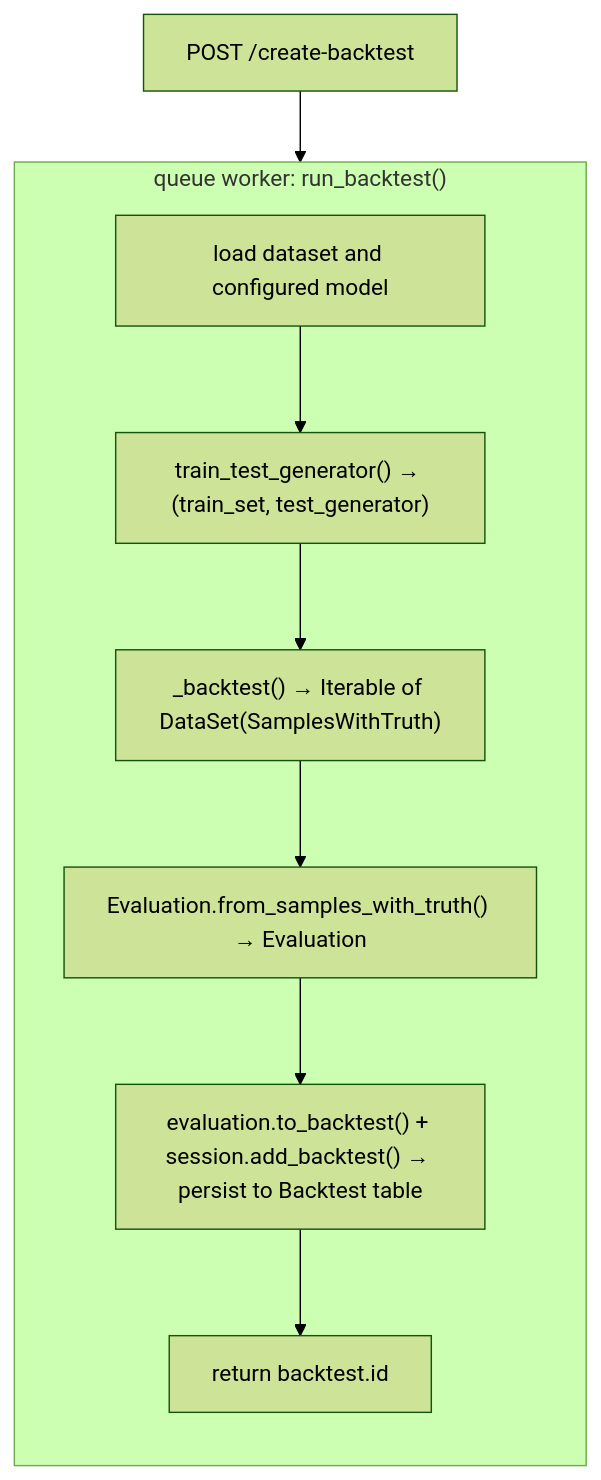
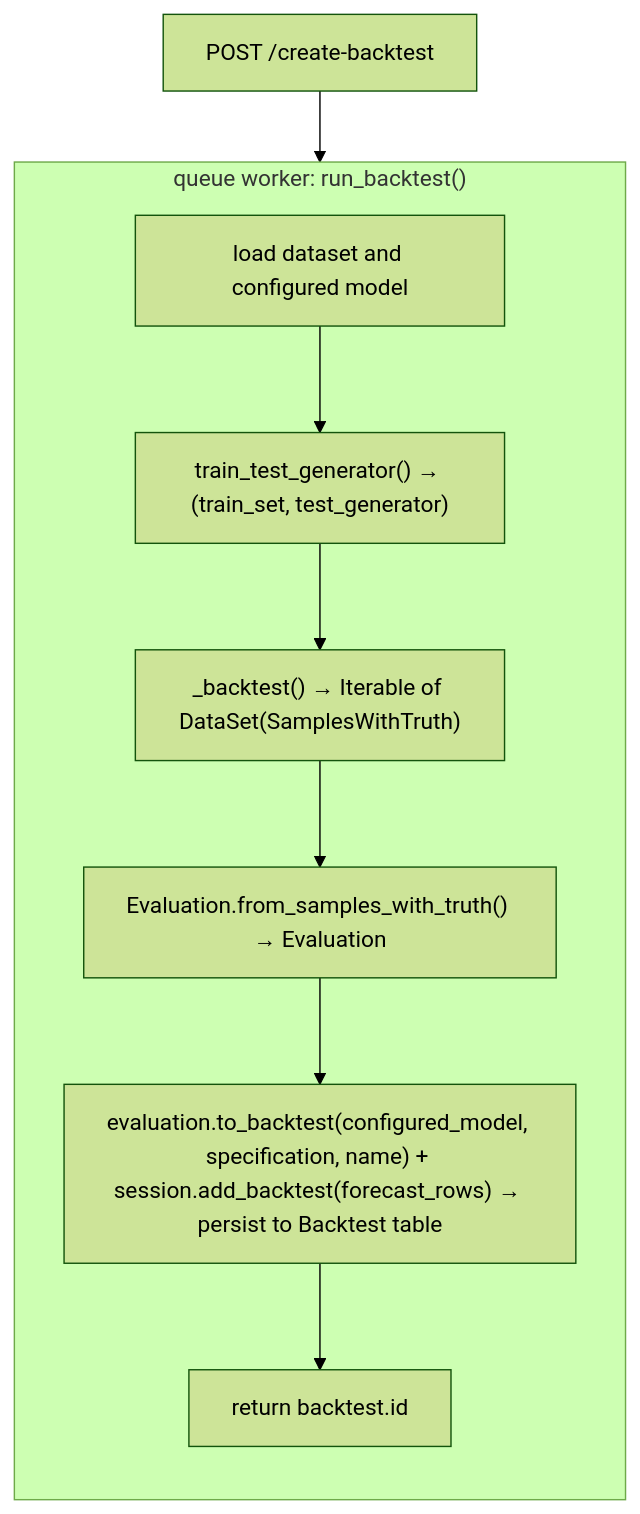
One commit to dhis2-chap/chap-core changed the first of 3 diagrams in docs/contributor/evaluation_abstraction.md. Above: the diagram before and after it, drawn with Mermaid (forest theme). The commit also changed 37 other files, not shown here.

````diff
--- a/docs/contributor/evaluation_abstraction.md
+++ b/docs/contributor/evaluation_abstraction.md
@@ -58,17 +58,17 @@
 ```mermaid
 flowchart TB
     Post["POST /create-backtest"]
 
     subgraph Worker["queue worker: run_backtest()"]
         direction TB
         L["load dataset and configured model"]
         S["train_test_generator() &rarr; (train_set, test_generator)"]
         B["_backtest() &rarr; Iterable of DataSet(SamplesWithTruth)"]
         E["Evaluation.from_samples_with_truth() &rarr; Evaluation"]
-        P["evaluation.to_backtest() + session.add_backtest() &rarr; persist to Backtest table"]
+        P["evaluation.to_backtest(configured_model, specification, name) + session.add_backtest(forecast_rows) &rarr; persist to Backtest table"]
         R["return backtest.id"]
         L --> S --> B --> E --> P --> R
     end
 
     Post --> L
 ```
````
